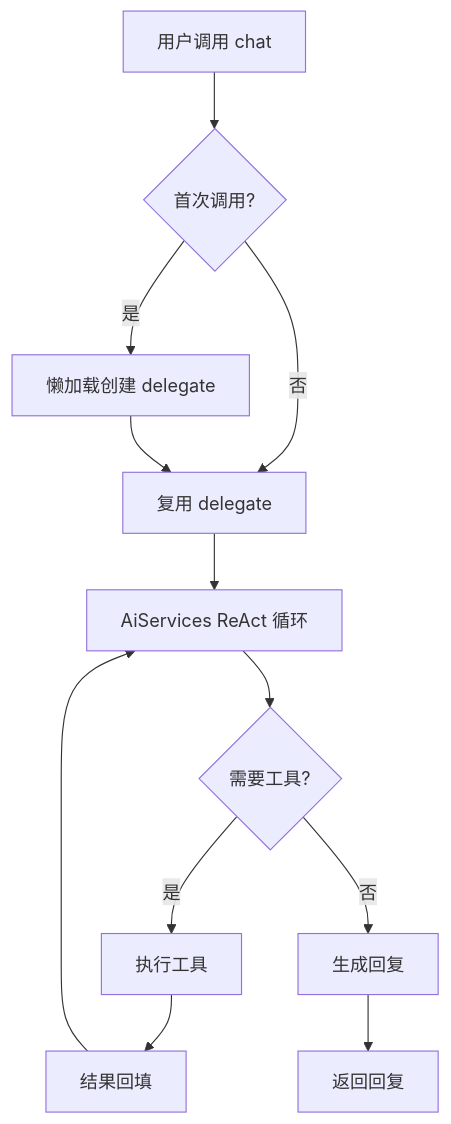
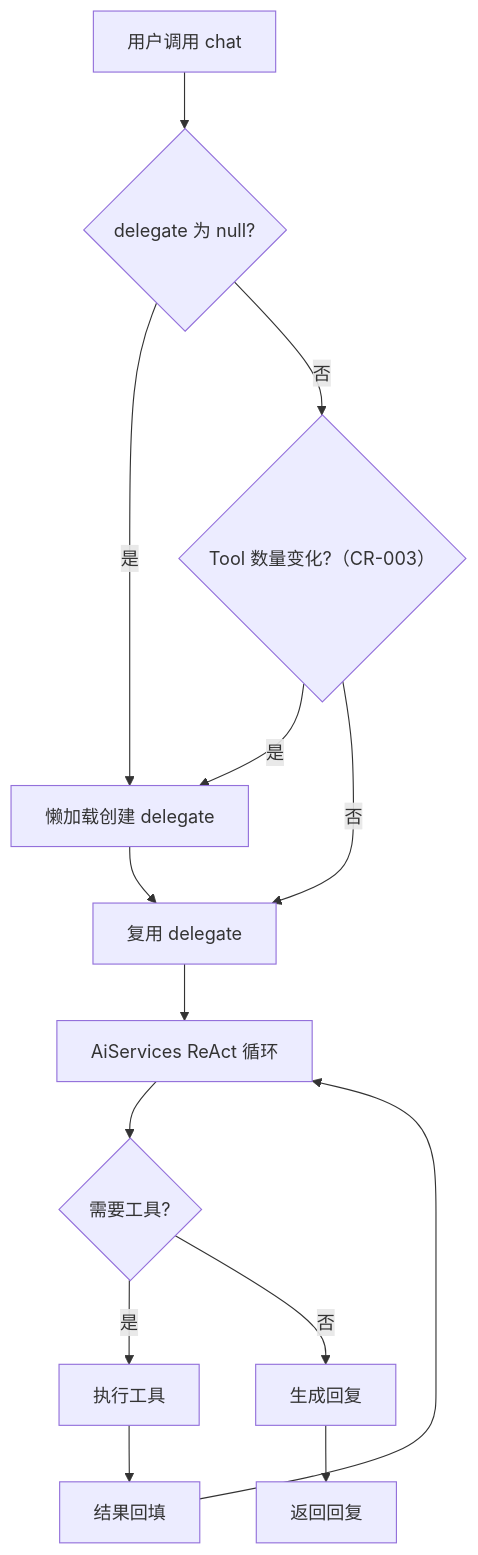
The diagram in specs/modules/Agent编排模块-业务说明书.md (zxchengQQ/agent_demo), drawn with Mermaid before and after one commit. The commit also changed other lines of this file and 32 other files, not shown here.

First line of the commit message:
feat(rag): 新增PDF图片提取与描述生成功能

````diff
--- a/specs/modules/Agent编排模块-业务说明书.md
+++ b/specs/modules/Agent编排模块-业务说明书.md
@@ -60,14 +61,16 @@
 ```mermaid
 flowchart TD
-    A[用户调用 chat] --> B{首次调用?}
+    A[用户调用 chat] --> B{delegate 为 null?}
     B -->|是| C[懒加载创建 delegate]
-    B -->|否| D[复用 delegate]
+    B -->|否| E1{Tool 数量变化?（CR-003）}
+    E1 -->|是| C
+    E1 -->|否| D[复用 delegate]
     C --> D
     D --> E[AiServices ReAct 循环]
     E --> F{需要工具?}
     F -->|是| G[执行工具]
     G --> H[结果回填]
     H --> E
     F -->|否| I[生成回复]
     I --> J[返回回复]
 ```
````
